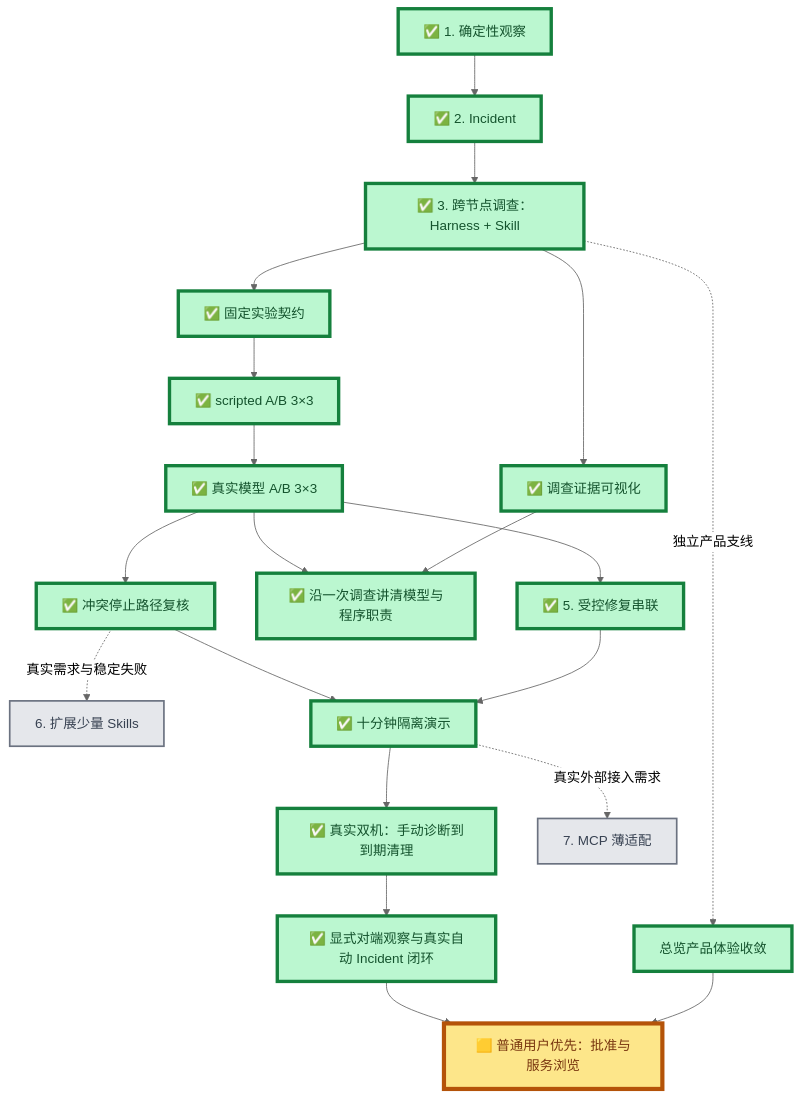
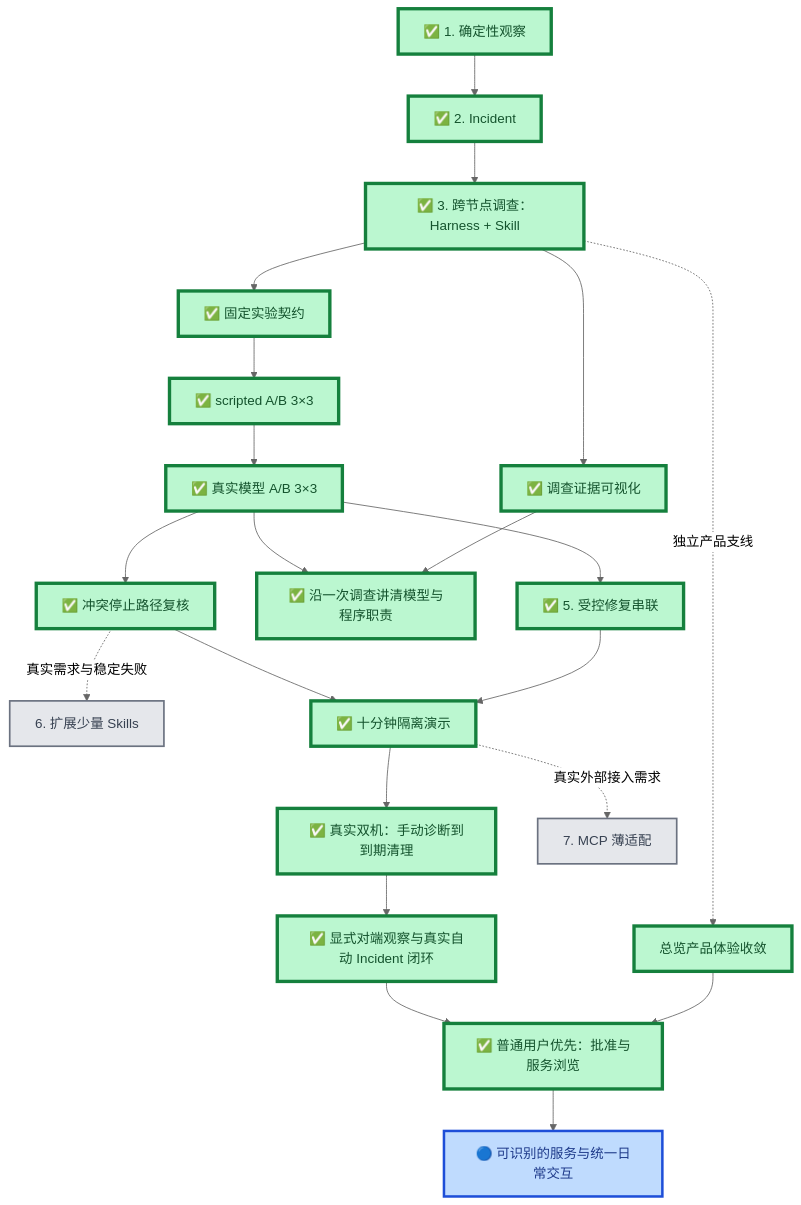
The first of 2 diagrams in docs/project/roadmap.md (Sugarfarmeriod/TunnelMinion), drawn with Mermaid (neutral theme) before and after one commit. The commit also changed other lines of this file and 1 other file, not shown here.

````diff
--- a/docs/project/roadmap.md
+++ b/docs/project/roadmap.md
@@ -8,36 +8,38 @@
 ```mermaid
 flowchart TB
     A["✅ 1. 确定性观察"] --> B["✅ 2. Incident"]
     B --> C["✅ 3. 跨节点调查：Harness + Skill"]
 
     C --> D1["✅ 固定实验契约"]
     D1 --> D2["✅ scripted A/B 3×3"]
     D2 --> D3["✅ 真实模型 A/B 3×3"]
 
     D3 --> E["✅ 5. 受控修复串联"]
     C --> V["✅ 调查证据可视化"]
     V --> W["✅ 沿一次调查讲清模型与程序职责"]
     D3 --> W
     D3 --> F["✅ 冲突停止路径复核"]
     F -.真实需求与稳定失败.-> K["6. 扩展少量 Skills"]
     E --> H["✅ 十分钟隔离演示"]
     F --> H
     H --> R["✅ 真实双机：手动诊断到到期清理"]
     R --> I["✅ 显式对端观察与真实自动 Incident 闭环"]
     H -.真实外部接入需求.-> G["7. MCP 薄适配"]
 
     C -.独立产品支线.-> U["总览产品体验收敛"]
-    U --> P["🟨 普通用户优先：批准与服务浏览"]
+    U --> P["✅ 普通用户优先：批准与服务浏览"]
     I --> P
+    P --> Q["🔵 可识别的服务与统一日常交互"]
 
     classDef done fill:#bbf7d0,stroke:#15803d,stroke-width:4px,color:#14532d;
     classDef current fill:#fde68a,stroke:#b45309,stroke-width:5px,color:#78350f;
     classDef next fill:#bfdbfe,stroke:#1d4ed8,stroke-width:3px,color:#1e3a8a;
     classDef later fill:#e5e7eb,stroke:#6b7280,stroke-width:2px,color:#374151;
     class A,B,C,D1,D2,D3,E,F,H,R,V done;
     class U done;
     class W done;
     class I done;
     class G,K later;
-    class P current;
+    class P done;
+    class Q next;
 ```
````
